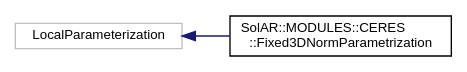
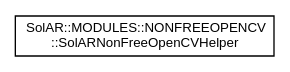
The diagram in api_module_documentation/inherit_graph_1.dot (SolarFramework/solarframework.github.io), drawn with Graphviz before and after one commit. The commit also changed 21 other files, not shown here.

```diff
--- a/api_module_documentation/inherit_graph_1.dot
+++ b/api_module_documentation/inherit_graph_1.dot
@@ -1,9 +1,7 @@
 digraph "Graphical Class Hierarchy"
 {
   edge [fontname="Helvetica",fontsize="10",labelfontname="Helvetica",labelfontsize="10"];
   node [fontname="Helvetica",fontsize="10",shape=record];
   rankdir="LR";
-  Node4 [label="LocalParameterization",height=0.2,width=0.4,color="grey75", fillcolor="white", style="filled"];
-  Node4 -> Node0 [dir="back",color="midnightblue",fontsize="10",style="solid",fontname="Helvetica"];
-  Node0 [label="SolAR::MODULES::CERES\l::Fixed3DNormParametrization",height=0.2,width=0.4,color="black", fillcolor="white", style="filled",URL="$class_sol_a_r_1_1_m_o_d_u_l_e_s_1_1_c_e_r_e_s_1_1_fixed3_d_norm_parametrization.html"];
+  Node0 [label="SolAR::MODULES::NONFREEOPENCV\l::SolARNonFreeOpenCVHelper",height=0.2,width=0.4,color="black", fillcolor="white", style="filled",URL="$class_sol_a_r_1_1_m_o_d_u_l_e_s_1_1_n_o_n_f_r_e_e_o_p_e_n_c_v_1_1_sol_a_r_non_free_open_c_v_helper.html",tooltip="A toolbox to convert OpenCV structures to SolAR structures and respectively. "];
 }
```
